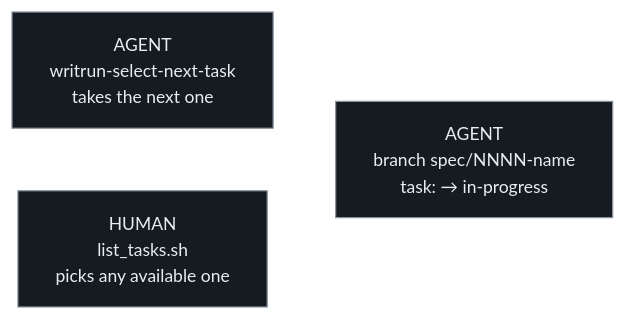
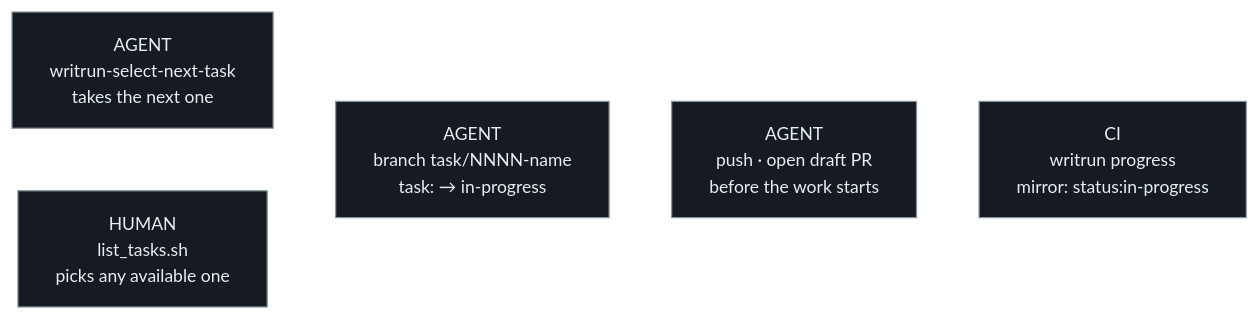
One commit to thomasfranke/writrun changed the third of 9 diagrams in docs/product/pipeline.md. Above: the diagram before and after it, drawn with Mermaid. The commit also changed other lines of this file and 8 other files, not shown here.

First line of the commit message:
docs(product): name branches after the task, and open its PR as a draft

````diff
--- a/docs/product/pipeline.md
+++ b/docs/product/pipeline.md
@@ -145,9 +159,12 @@
 ```mermaid
 %%{init: {'theme':'base','themeVariables':{'background':'#0d1117','primaryColor':'#161b22','primaryTextColor':'#e6edf3','primaryBorderColor':'#8b949e','lineColor':'#ffffff','secondaryColor':'#161b22','tertiaryColor':'#161b22','fontSize':'14px'}}}%%
 flowchart LR
     A1["AGENT<br/>writrun-select-next-task<br/>takes the next one"]
     A2["HUMAN<br/>list_tasks.sh<br/>picks any available one"]
-    B["AGENT<br/>branch spec/NNNN-name<br/>task: → in-progress"]
+    B["AGENT<br/>branch task/NNNN-name<br/>task: → in-progress"]
+    C["AGENT<br/>push · open draft PR<br/>before the work starts"]
+    D["CI<br/>writrun progress<br/>mirror: status:in-progress"]
     A1 --> B
     A2 --> B
+    B --> C --> D
 ```
````
